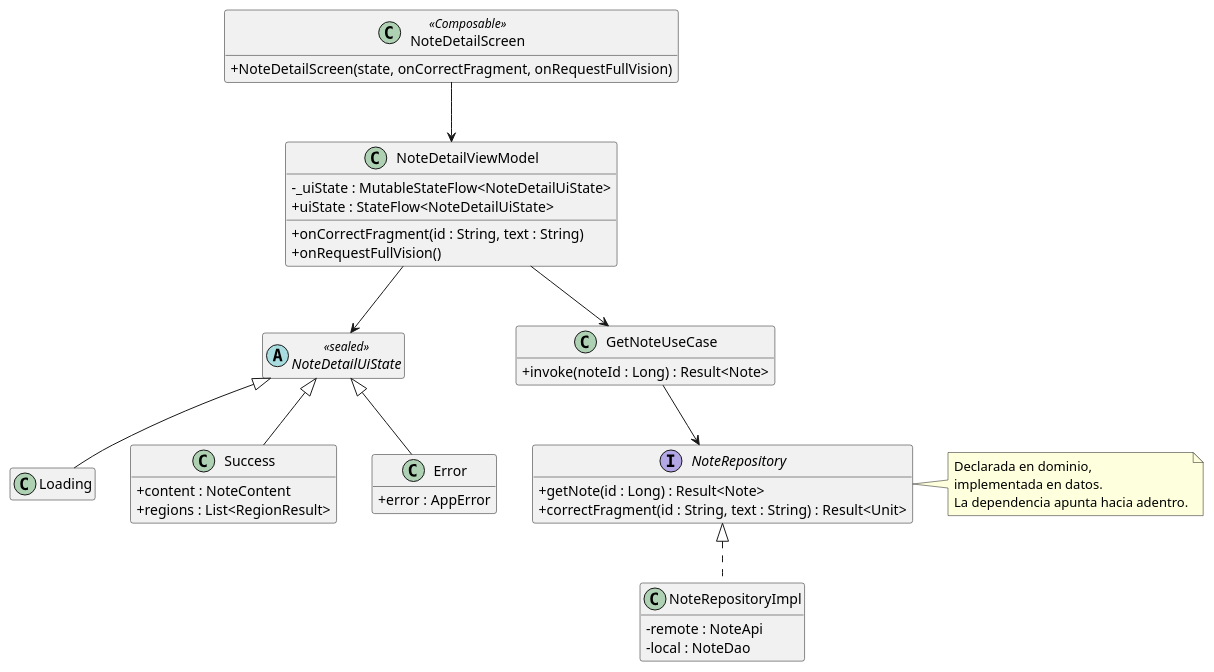
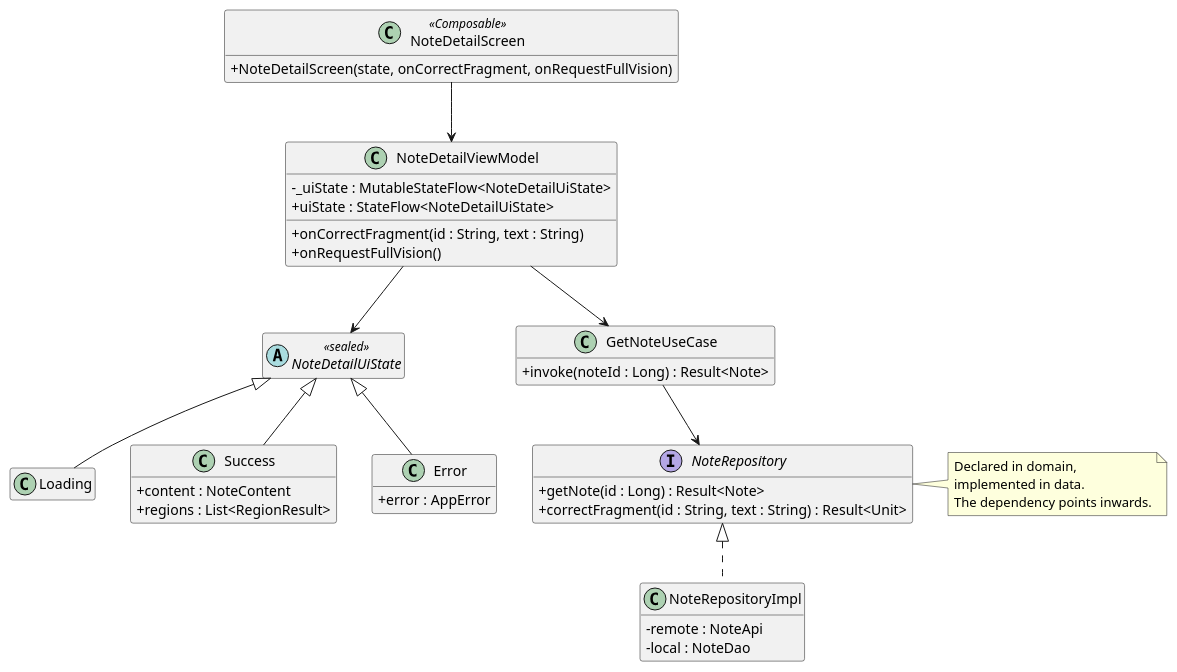
The fifth of 5 diagrams in docs/Glifo_Arquitectura_Estandares.md (Bloodiewormer/Proyecto-Plataformas-Moviles), drawn with PlantUML before and after one commit. The commit also changed other lines of this file and 75 other files, not shown here.

First line of the commit message:
feat: implement note persistence, offline sync, and architectural documentation updates

````diff
--- a/docs/Glifo_Arquitectura_Estandares.md
+++ b/docs/Glifo_Arquitectura_Estandares.md
@@ -582,56 +538,56 @@
 ```plantuml
 @startuml Glifo_Presentacion
 skinparam classAttributeIconSize 0
 hide empty members
 
 class NoteDetailScreen <<Composable>> {
   + NoteDetailScreen(state, onCorrectFragment, onRequestFullVision)
 }
 
 class NoteDetailViewModel {
   - _uiState : MutableStateFlow<NoteDetailUiState>
   + uiState : StateFlow<NoteDetailUiState>
   + onCorrectFragment(id : String, text : String)
   + onRequestFullVision()
 }
 
 abstract class NoteDetailUiState <<sealed>>
 class Loading
 class Success {
   + content : NoteContent
   + regions : List<RegionResult>
 }
 class Error {
   + error : AppError
 }
 
 class GetNoteUseCase {
   + invoke(noteId : Long) : Result<Note>
 }
 
 interface NoteRepository {
   + getNote(id : Long) : Result<Note>
   + correctFragment(id : String, text : String) : Result<Unit>
 }
 
 class NoteRepositoryImpl {
   - remote : NoteApi
   - local : NoteDao
 }
 
 NoteDetailScreen --> NoteDetailViewModel
 NoteDetailViewModel --> NoteDetailUiState
 NoteDetailUiState <|-- Loading
 NoteDetailUiState <|-- Success
 NoteDetailUiState <|-- Error
 NoteDetailViewModel --> GetNoteUseCase
 GetNoteUseCase --> NoteRepository
 NoteRepository <|.. NoteRepositoryImpl
 
 note right of NoteRepository
-  Declarada en dominio,
-  implementada en datos.
-  La dependencia apunta hacia adentro.
+  Declared in domain,
+  implemented in data.
+  The dependency points inwards.
 end note
 @enduml
 ```
````
